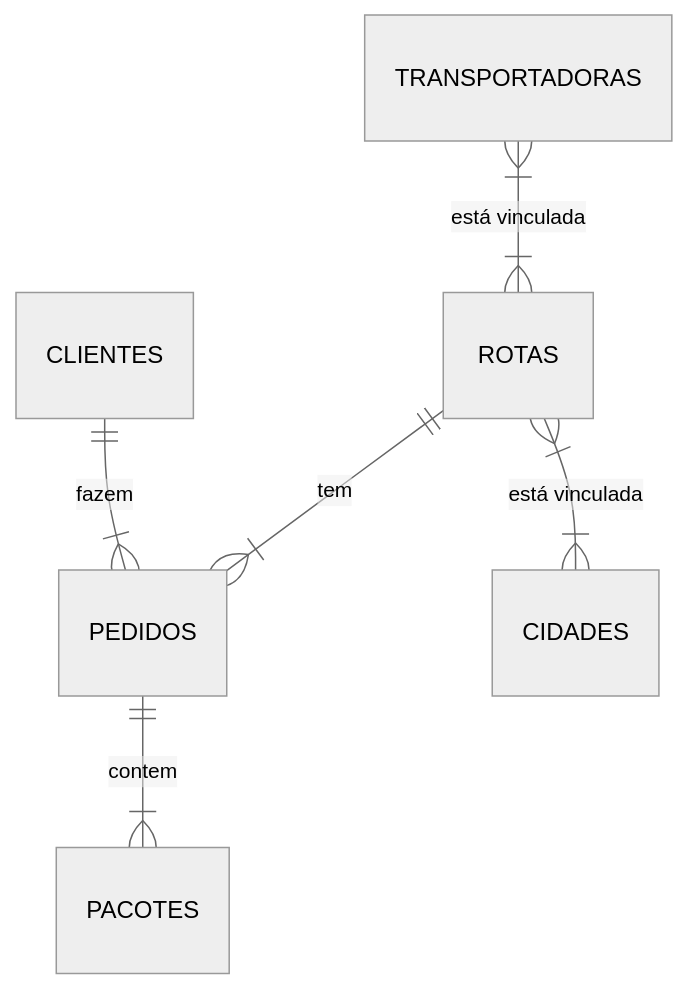
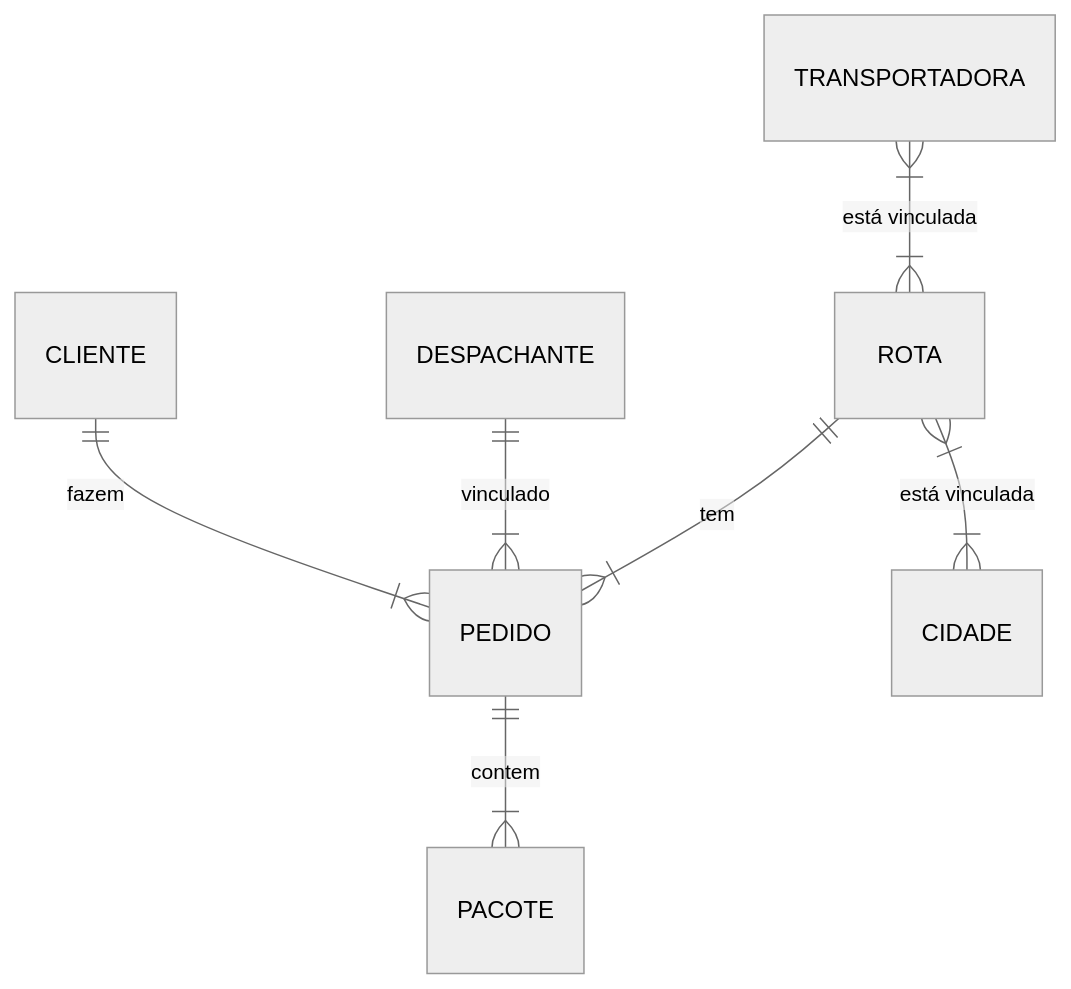
Before and after one commit to EntregaMais/Entrega-Mais-Ruby-on-Rails: the first of 2 diagrams in README.md, drawn with Mermaid (neutral theme). The commit also changed other lines of this file, not shown here.

First line of the commit message:
feat: atualizado modelo ER

````diff
--- a/README.md
+++ b/README.md
@@ -48,11 +39,20 @@
 ```mermaid
 erDiagram
-    CLIENTES ||--|{  PEDIDOS : "fazem"
-    PEDIDOS ||--|{ PACOTES : "contem"
+	%% ENTIDADES
+	CLIENTE
+	PEDIDO
+	PACOTE
+	DESPACHANTE
+	ROTA
+	TRANSPORTADORA
+	CIDADE
 
-   	ROTAS ||--|{ PEDIDOS : "tem"
-    TRANSPORTADORAS }|--|{ ROTAS : "está vinculada"
-	ROTAS }|--|{ CIDADES : "está vinculada"
+	%% RELACIONAMENTOS
+	CLIENTE ||--|{  PEDIDO : "fazem"
+	PEDIDO ||--|{ PACOTE : "contem"
+	DESPACHANTE ||--|{ PEDIDO : "vinculado"
 
-
+	ROTA ||--|{ PEDIDO : "tem"
+	TRANSPORTADORA }|--|{ ROTA : "está vinculada"
+	ROTA }|--|{ CIDADE : "está vinculada"
 ```
````
